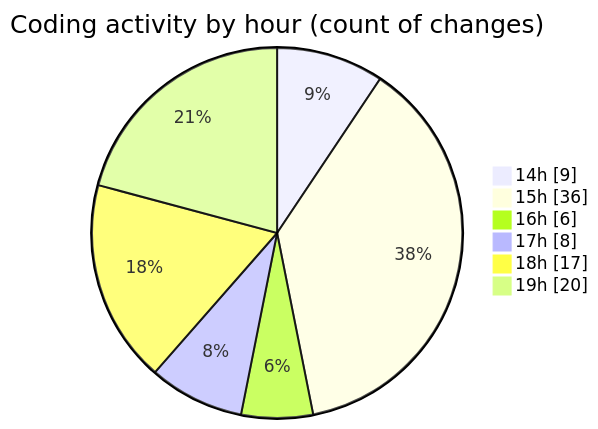
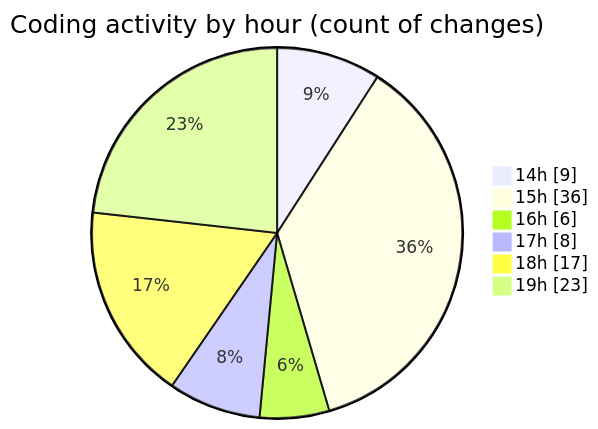
Before and after one commit to Ritupan-Deka/code-tracking: the second of 2 diagrams in 2025-06-17/projects/README.md, drawn with Mermaid. The commit also changed other lines of this file and 1 other file, not shown here.

````diff
--- a/2025-06-17/projects/README.md
+++ b/2025-06-17/projects/README.md
@@ -29,10 +29,10 @@
 ```mermaid
 pie showData
 title Coding activity by hour (count of changes)
 "14h" : 9
 "15h" : 36
 "16h" : 6
 "17h" : 8
 "18h" : 17
-"19h" : 20
+"19h" : 23
 ```
````
